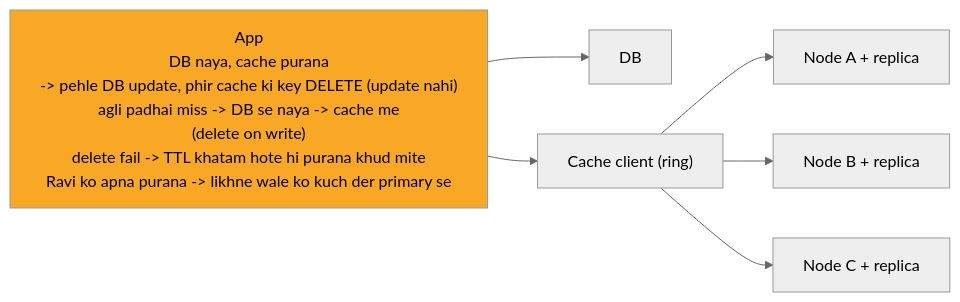
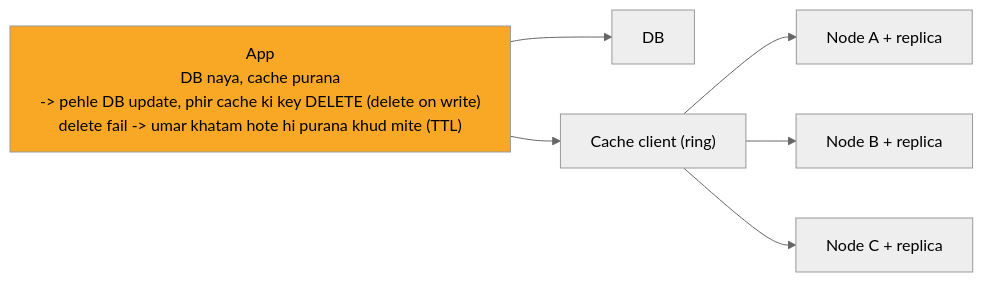
The diagram in 04_HLD/SYSTEM_DESIGNS/10_distributed_cache/img/c4.mmd (ArpanMaheshwari144/Prep), drawn with Mermaid (neutral theme) before and after one commit. The commit also changed 17 other files, not shown here.

```diff
--- a/04_HLD/SYSTEM_DESIGNS/10_distributed_cache/img/c4.mmd
+++ b/04_HLD/SYSTEM_DESIGNS/10_distributed_cache/img/c4.mmd
@@ -1,14 +1,14 @@
 %%{init: {"flowchart": {"wrappingWidth": 450}}}%%
 flowchart LR
-    n_App["App<br/>DB naya, cache purana<br/>-> pehle DB update, phir cache ki key DELETE (update nahi)<br/>agli padhai miss -> DB se naya -> cache me<br/>(delete on write)<br/>delete fail -> TTL khatam hote hi purana khud mite<br/>Ravi ko apna purana -> likhne wale ko kuch der primary se"]
+    n_App["App<br/>DB naya, cache purana<br/>-> pehle DB update, phir cache ki key DELETE (delete on write)<br/>delete fail -> umar khatam hote hi purana khud mite (TTL)"]
     n_DB["DB"]
     n_Cache_client["Cache client (ring)"]
     n_Node_A_replica["Node A + replica"]
     n_Node_B_replica["Node B + replica"]
     n_Node_C_replica["Node C + replica"]
     n_App --> n_DB
     n_App --> n_Cache_client
     n_Cache_client --> n_Node_A_replica
     n_Cache_client --> n_Node_B_replica
     n_Cache_client --> n_Node_C_replica
     style n_App fill:#f9a825,color:#000
```
